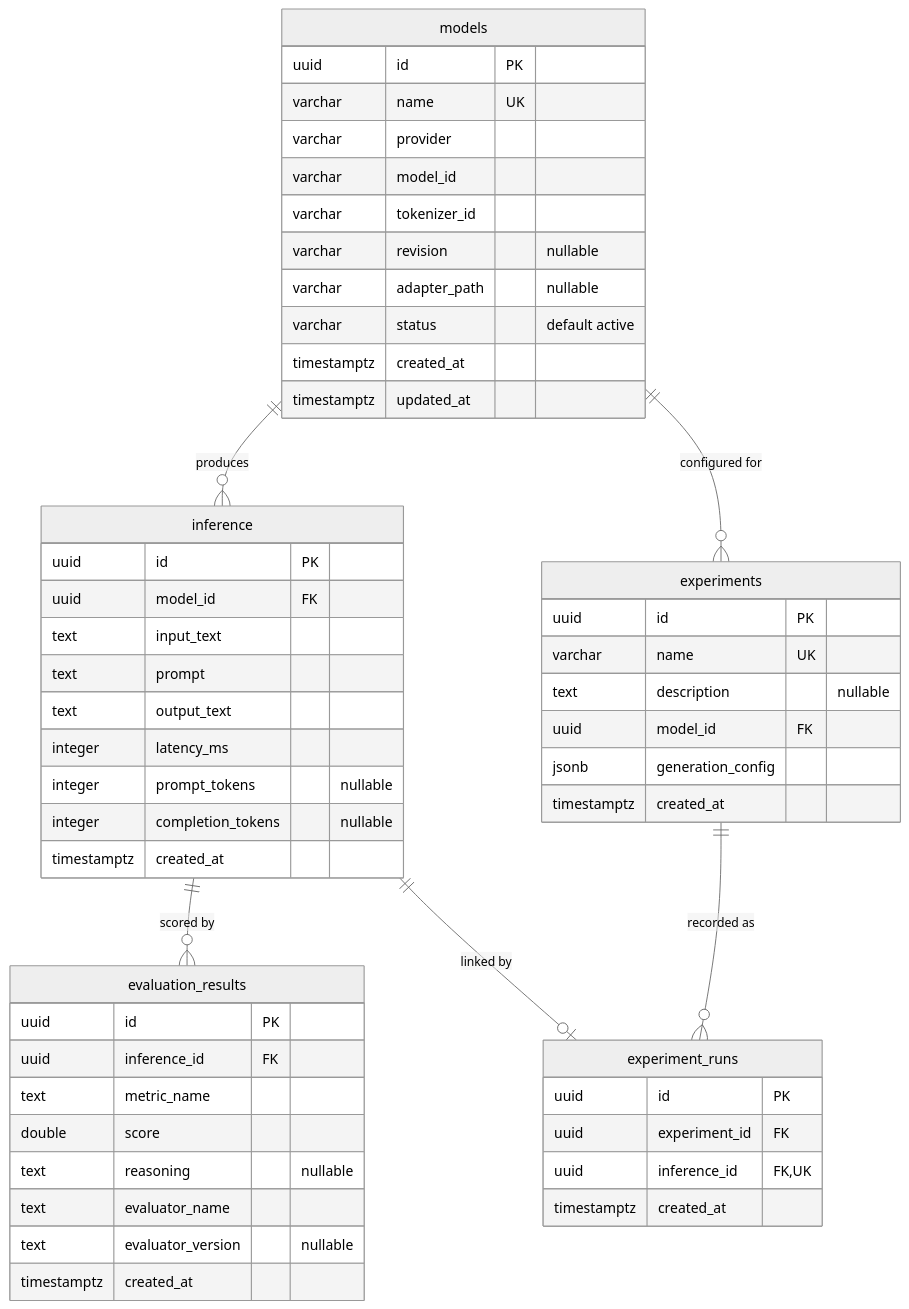
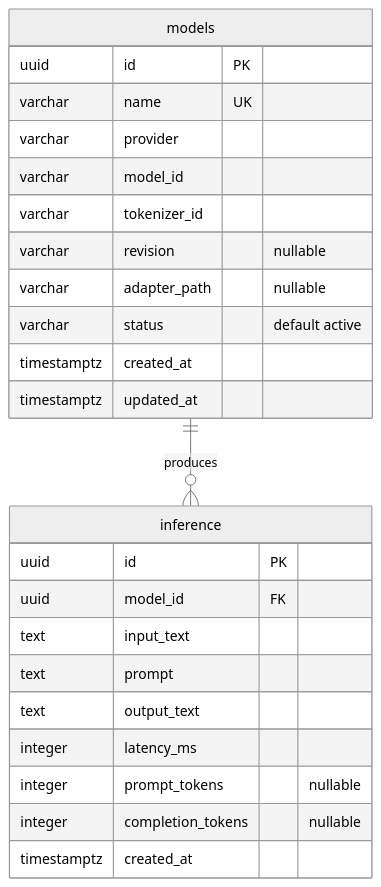
One commit to DimitarAtanassov/arc-model-lab changed the diagram in docs/database-erd.md. Above: the diagram before and after it, drawn with Mermaid (neutral theme). The commit also changed other lines of this file and 1 other file, not shown here.

First line of the commit message:
docs: update schema and README for the pure-serving lab

````diff
--- a/docs/database-erd.md
+++ b/docs/database-erd.md
@@ -15,60 +17,29 @@
 ```mermaid
 erDiagram
     models ||--o{ inference : produces
-    models ||--o{ experiments : "configured for"
-    inference ||--o{ evaluation_results : "scored by"
-    experiments ||--o{ experiment_runs : "recorded as"
-    inference ||--o| experiment_runs : "linked by"
 
     models {
         uuid id PK
         varchar name UK
         varchar provider
         varchar model_id
         varchar tokenizer_id
         varchar revision "nullable"
         varchar adapter_path "nullable"
         varchar status "default active"
         timestamptz created_at
         timestamptz updated_at
     }
 
     inference {
         uuid id PK
         uuid model_id FK
         text input_text
         text prompt
         text output_text
         integer latency_ms
         integer prompt_tokens "nullable"
         integer completion_tokens "nullable"
         timestamptz created_at
     }
-
-    evaluation_results {
-        uuid id PK
-        uuid inference_id FK
-        text metric_name
-        double score
-        text reasoning "nullable"
-        text evaluator_name
-        text evaluator_version "nullable"
-        timestamptz created_at
-    }
-
-    experiments {
-        uuid id PK
-        varchar name UK
-        text description "nullable"
-        uuid model_id FK
-        jsonb generation_config
-        timestamptz created_at
-    }
-
-    experiment_runs {
-        uuid id PK
-        uuid experiment_id FK
-        uuid inference_id FK,UK
-        timestamptz created_at
-    }
 ```
````
